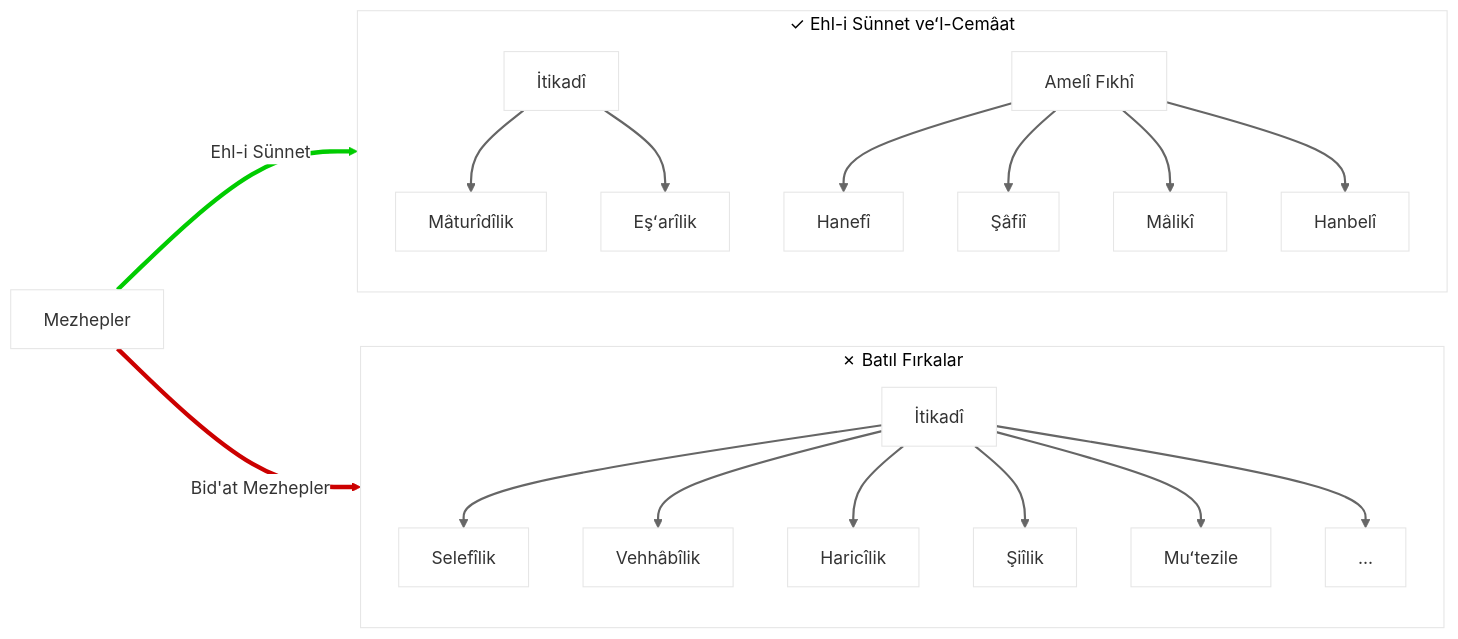
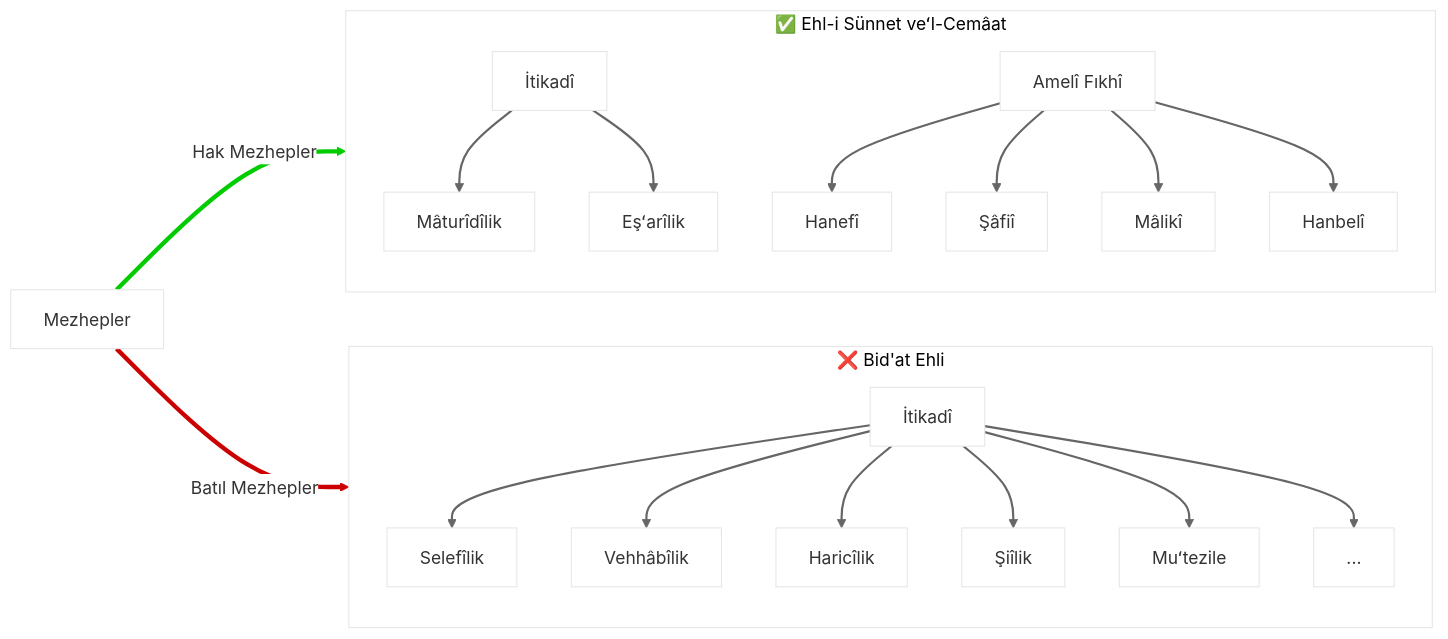
One commit to sifirib/atolye_kutuphanesi changed the diagram in content/Hoş Geldiniz...md. Above: the diagram before and after it, drawn with Mermaid. The commit also changed other lines of this file and 173 other files, not shown here.

````diff
--- a/content/Hoş Geldiniz...md
+++ b/content/Hoş Geldiniz...md
@@ -8,71 +8,71 @@
 ```mermaid
 %%{init: {'theme':'base', 'themeVariables': {'primaryColor': '#ffffff'}}}%%
 graph LR
    A[Mezhepler]
    
-   subgraph ES[✓ Ehl-i Sünnet veʻl-Cemâat]
+   subgraph ES[✅ Ehl-i Sünnet veʻl-Cemâat]
        direction TB
        ES1[İtikadî]
        ES2[Amelî Fıkhî]
        
        ES1a[Mâturîdîlik]
        ES1b[Eşʻarîlik]
        
        ES2a[Hanefî]
        ES2b[Şâfiî] 
        ES2c[Mâlikî]
        ES2d[Hanbelî]
        
        ES1 --> ES1a
        ES1 --> ES1b
        ES2 --> ES2a
        ES2 --> ES2b
        ES2 --> ES2c
        ES2 --> ES2d
    end
    
-   subgraph B[✗ Batıl Fırkalar]
+   subgraph B[❌ Bid'at Ehli]
        direction TB
        B1[İtikadî]
        B1a[Selefîlik]
        B1b[Vehhâbîlik] 
        B1c[Haricîlik]
        B1d[Şiîlik]
        B1e[Muʻtezile]
        B1f[...]
        
        B1 --> B1a
        B1 --> B1b
        B1 --> B1c
        B1 --> B1d
        B1 --> B1e
        B1 --> B1f
    end
 
-   A -->|Ehl-i Sünnet| ES
-   A -->|Bid'at Mezhepler| B
+   A -->|Hak Mezhepler| ES
+   A -->|Batıl Mezhepler| B
    
    
    classDef bidatStyle fill:#cc0000
    classDef sunnetStyle fill:#90EE90
    
    class B #666
    class ES #666
    
    linkStyle 12 stroke:#00cc00,stroke-width:4px
    linkStyle 13 stroke:#cc0000,stroke-width:4px
    
    %% Internal arrows styling
    linkStyle 0 stroke:#666,stroke-width:2px
    linkStyle 1 stroke:#666,stroke-width:2px
    linkStyle 2 stroke:#666,stroke-width:2px
    linkStyle 3 stroke:#666,stroke-width:2px
    linkStyle 4 stroke:#666,stroke-width:2px
    linkStyle 5 stroke:#666,stroke-width:2px
    linkStyle 6 stroke:#666,stroke-width:2px
    linkStyle 7 stroke:#666,stroke-width:2px
    linkStyle 8 stroke:#666,stroke-width:2px
    linkStyle 9 stroke:#666,stroke-width:2px
    linkStyle 10 stroke:#666,stroke-width:2px
    linkStyle 11 stroke:#666,stroke-width:2px
 ```
````
